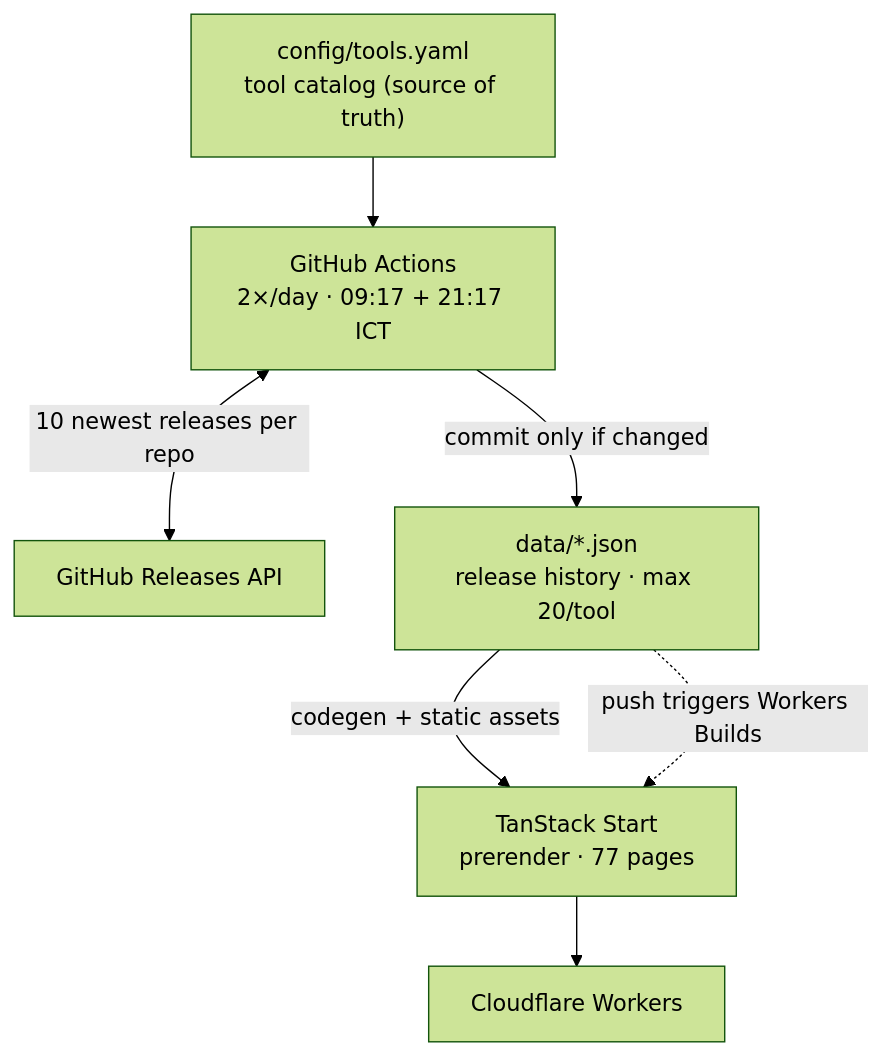
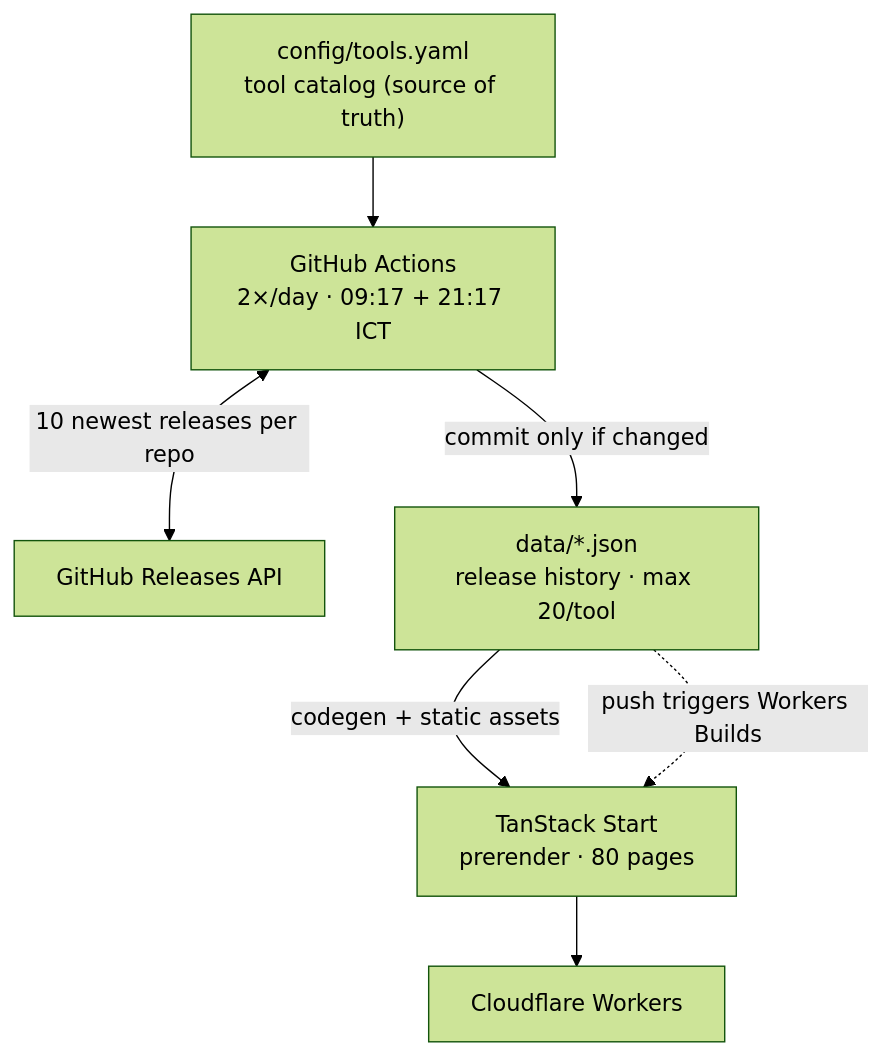
The diagram in README.md (duynhlab/release-radar), drawn with Mermaid (forest theme) before and after one commit. The commit also changed other lines of this file and 18 other files, not shown here.

````diff
--- a/README.md
+++ b/README.md
@@ -6,16 +6,16 @@
 ```mermaid
 flowchart TD
     catalog["config/tools.yaml<br/>tool catalog (source of truth)"]
     sync["GitHub Actions<br/>2×/day · 09:17 + 21:17 ICT"]
     api["GitHub Releases API"]
     data["data/*.json<br/>release history · max 20/tool"]
-    build["TanStack Start<br/>prerender · 77 pages"]
+    build["TanStack Start<br/>prerender · 80 pages"]
     cf["Cloudflare Workers"]
 
     catalog --> sync
     sync <-->|"10 newest releases per repo"| api
     sync -->|"commit only if changed"| data
     data -->|"codegen + static assets"| build
     build --> cf
     data -.->|"push triggers Workers Builds"| build
 ```
````
